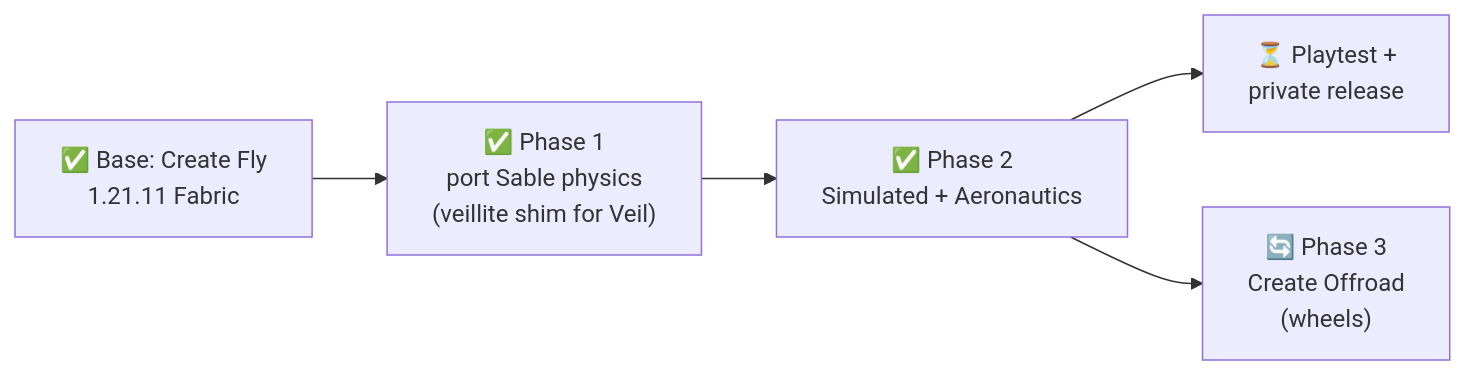
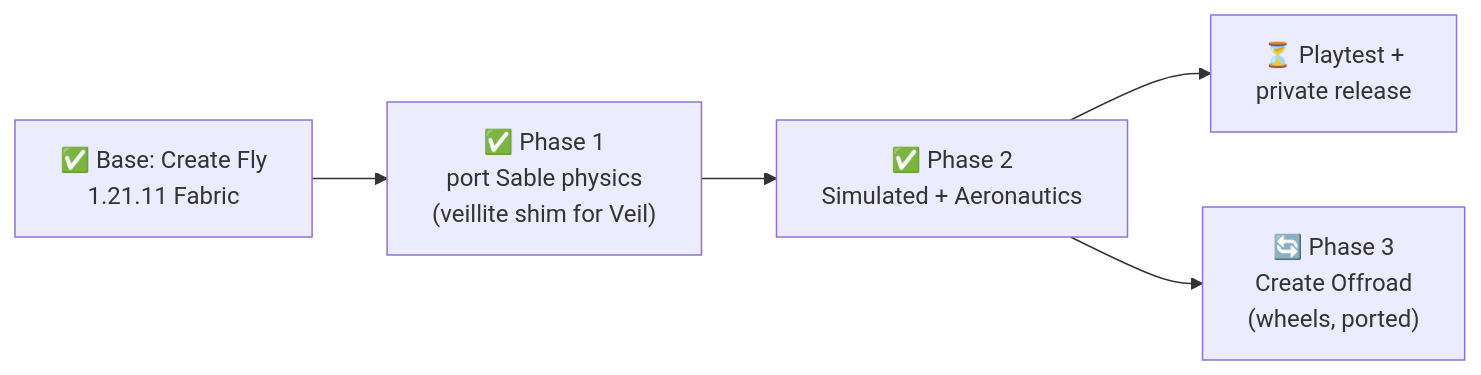
Before and after one commit to KiraKami-dev/minecraft-create-fly: the diagram in PROGRESS.md, drawn with Mermaid. The commit also changed other lines of this file and 224 other files, not shown here.

First line of the commit message:
Port Create Offroad (wheels, rock cutting wheel, borehead bearing)

````diff
--- a/PROGRESS.md
+++ b/PROGRESS.md
@@ -7,7 +7,7 @@
 ```mermaid
 flowchart LR
   B["✅ Base: Create Fly<br/>1.21.11 Fabric"] --> P1["✅ Phase 1<br/>port Sable physics<br/>(veillite shim for Veil)"]
   P1 --> P2["✅ Phase 2<br/>Simulated + Aeronautics"]
   P2 --> R["⏳ Playtest +<br/>private release"]
-  P2 --> P3["🔄 Phase 3<br/>Create Offroad<br/>(wheels)"]
+  P2 --> P3["🔄 Phase 3<br/>Create Offroad<br/>(wheels, ported)"]
 ```
````
